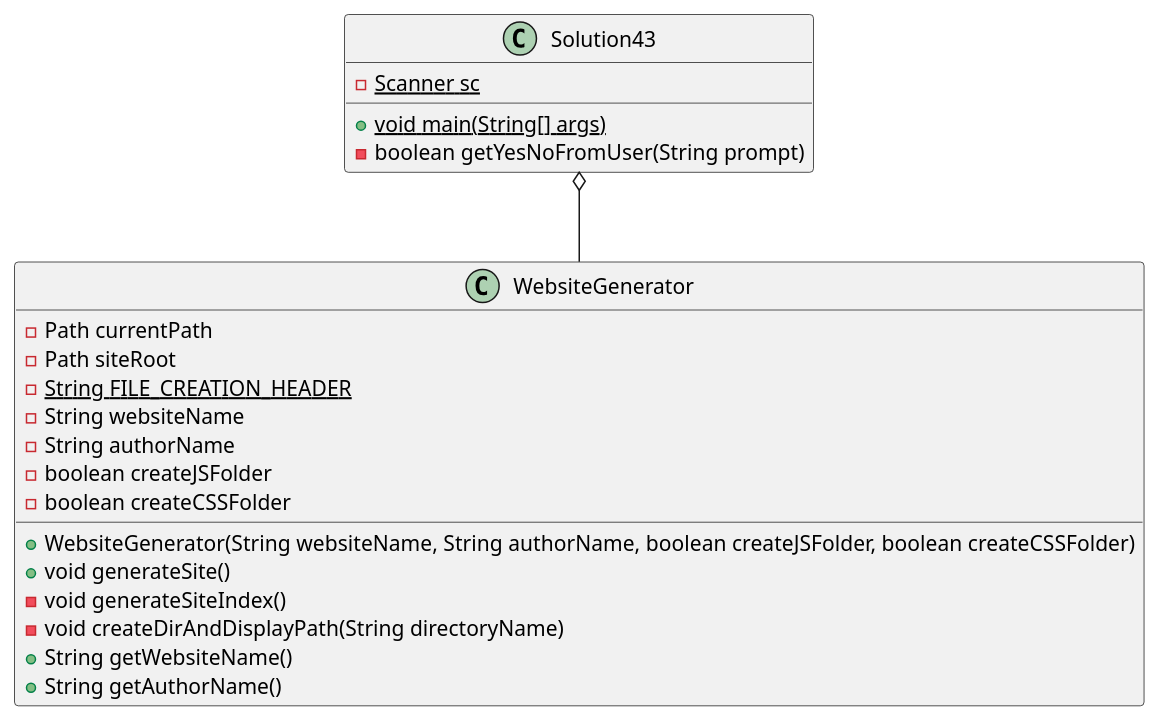
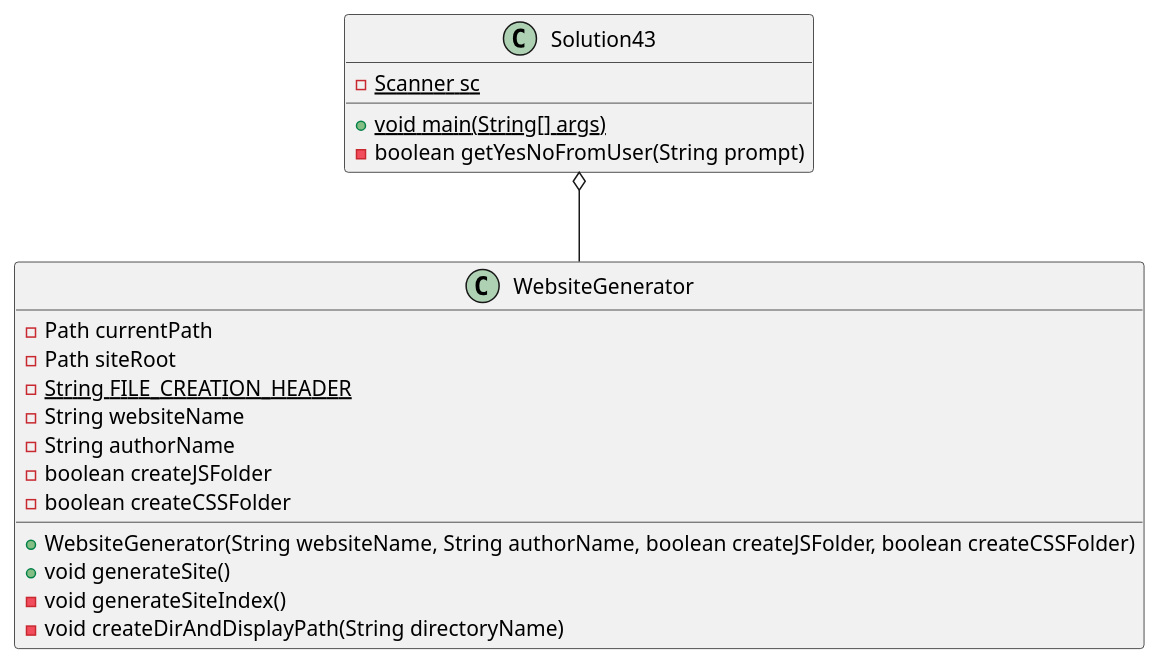
Before and after one commit to ethandrzb/thomas-a04: the diagram in exercise43/docs/class_diagram.puml, drawn with PlantUML. The commit also changed 1 other file, not shown here.

Commit message:
Added test Updated UML diagram

```diff
--- a/exercise43/docs/class_diagram.puml
+++ b/exercise43/docs/class_diagram.puml
@@ -1,32 +1,30 @@
 @startuml
 'https://plantuml.com/class-diagram
 
 class Solution43
 {
     -{static} Scanner sc
 
     +{static} void main(String[] args)
     -boolean getYesNoFromUser(String prompt)
 }
 
 class WebsiteGenerator
 {
     -Path currentPath
     -Path siteRoot
     -{static} String FILE_CREATION_HEADER
     -String websiteName
     -String authorName
     -boolean createJSFolder
     -boolean createCSSFolder
 
     +WebsiteGenerator(String websiteName, String authorName, boolean createJSFolder, boolean createCSSFolder)
     +void generateSite()
     -void generateSiteIndex()
     -void createDirAndDisplayPath(String directoryName)
-    +String getWebsiteName()
-    +String getAuthorName()
 }
 
 Solution43 o-- WebsiteGenerator
 
 @enduml
```
